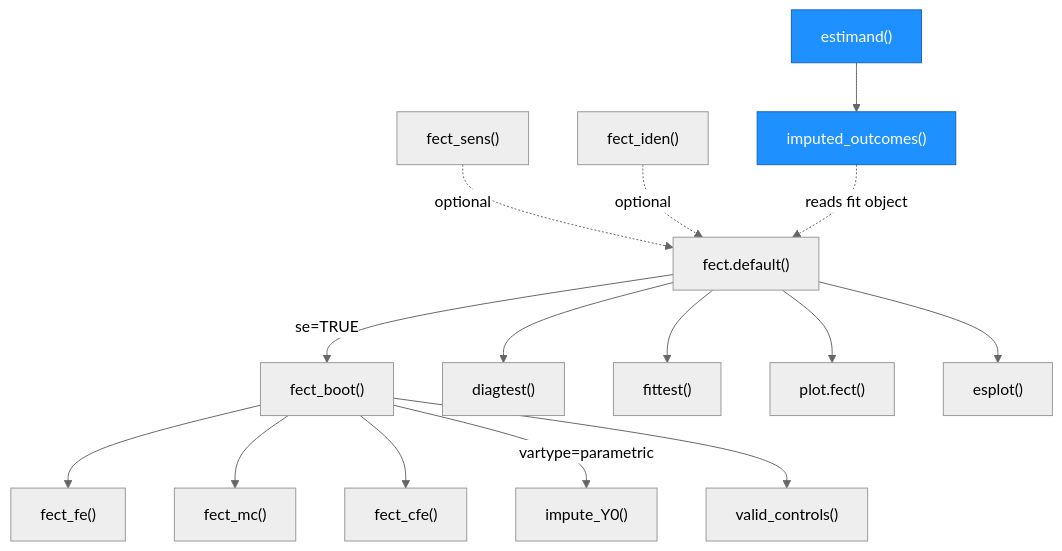
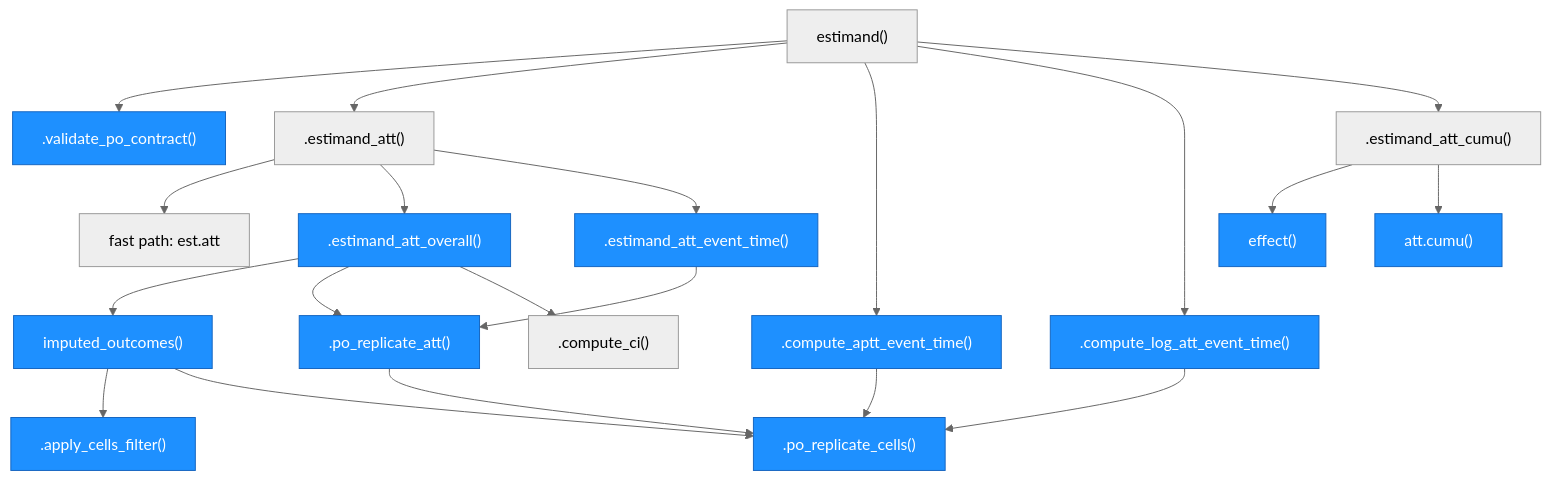
The fourth of 5 diagrams in ARCHITECTURE.md (xuyiqing/fect), drawn with Mermaid before and after one commit. The commit also changed other lines of this file, not shown here.

First line of the commit message:
docs: refresh ARCHITECTURE.md for the 2.4.6 correctness fixes

````diff
--- a/ARCHITECTURE.md
+++ b/ARCHITECTURE.md
@@ -228,37 +280,52 @@
 ```mermaid
 %%{init: {'theme': 'neutral'}}%%
 graph TD
-    F3["fect.default()"]
-    B1["fect_boot()"]
-    B2["impute_Y0()"]
-    B3["valid_controls()"]
-    D1["diagtest()"]
-    D2["fittest()"]
-    D3["fect_sens()"]
-    D4["fect_iden()"]
-    F5["fect_fe()"]
-    F6["fect_mc()"]
-    F7["fect_cfe()"]
-    PL["plot.fect()"]
-    ES["esplot()"]
-    PE1["estimand()"]
-    PE2["imputed_outcomes()"]
+    ES["estimand()"]
+    VC[".validate_po_contract()"]
+    EA[".estimand_att()"]
+    FP["fast path: est.att"]
+    OV[".estimand_att_overall()"]
+    ET[".estimand_att_event_time()"]
+    AP[".compute_aptt_event_time()"]
+    LA[".compute_log_att_event_time()"]
+    CU[".estimand_att_cumu()"]
+    EF["effect()"]
+    AC["att.cumu()"]
+    IO["imputed_outcomes()"]
+    CF[".apply_cells_filter()"]
+    RA[".po_replicate_att()"]
+    RC[".po_replicate_cells()"]
+    CI[".compute_ci()"]
 
-    style PE1 fill:#1e90ff,stroke:#1565c0,color:#fff
-    style PE2 fill:#1e90ff,stroke:#1565c0,color:#fff
+    ES --> VC
+    ES --> EA
+    ES --> AP
+    ES --> LA
+    ES --> CU
+    EA --> FP
+    EA --> OV
+    EA --> ET
+    OV --> IO
+    IO --> CF
+    IO --> RC
+    OV --> RA
+    ET --> RA
+    RA --> RC
+    AP --> RC
+    LA --> RC
+    OV --> CI
+    CU --> EF
+    CU --> AC
 
-    F3 -->|"se=TRUE"| B1
-    F3 --> D1
-    F3 --> D2
-    B1 --> F5
-    B1 --> F6
-    B1 --> F7
-    B1 -->|"vartype=parametric"| B2
-    B1 --> B3
-    F3 --> PL
-    F3 --> ES
-    D3 -.->|"optional"| F3
-    D4 -.->|"optional"| F3
-    PE1 --> PE2
-    PE2 -.->|"reads fit object"| F3
+    style VC fill:#1e90ff,stroke:#1565c0,color:#fff
+    style OV fill:#1e90ff,stroke:#1565c0,color:#fff
+    style ET fill:#1e90ff,stroke:#1565c0,color:#fff
+    style AP fill:#1e90ff,stroke:#1565c0,color:#fff
+    style LA fill:#1e90ff,stroke:#1565c0,color:#fff
+    style IO fill:#1e90ff,stroke:#1565c0,color:#fff
+    style CF fill:#1e90ff,stroke:#1565c0,color:#fff
+    style RA fill:#1e90ff,stroke:#1565c0,color:#fff
+    style RC fill:#1e90ff,stroke:#1565c0,color:#fff
+    style EF fill:#1e90ff,stroke:#1565c0,color:#fff
+    style AC fill:#1e90ff,stroke:#1565c0,color:#fff
 ```
````
